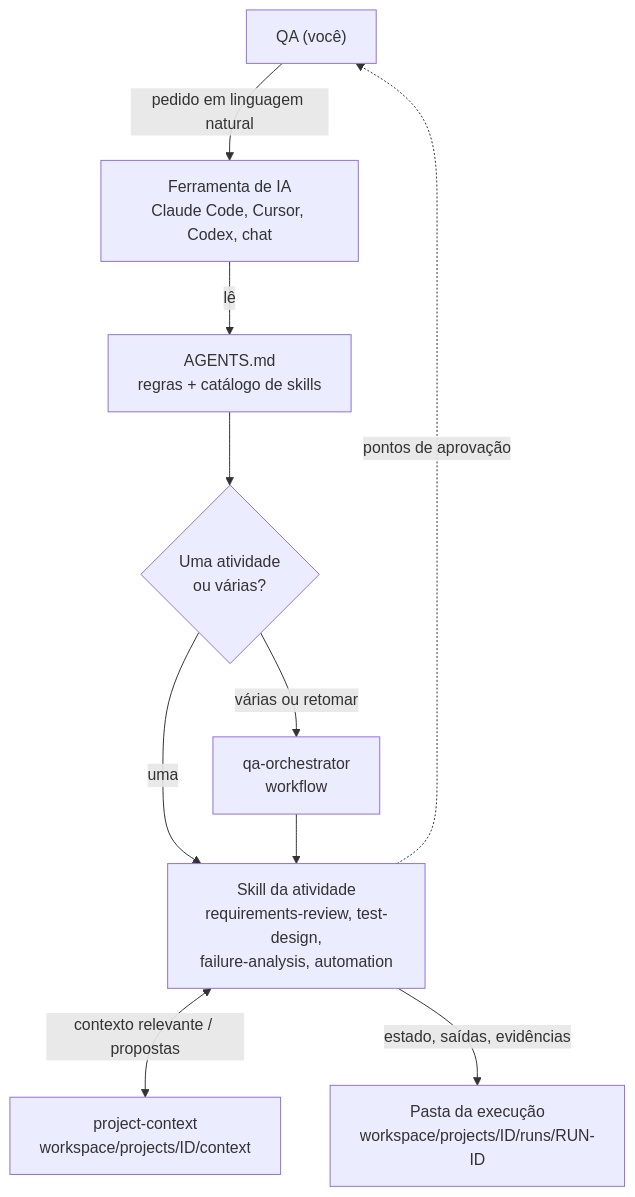
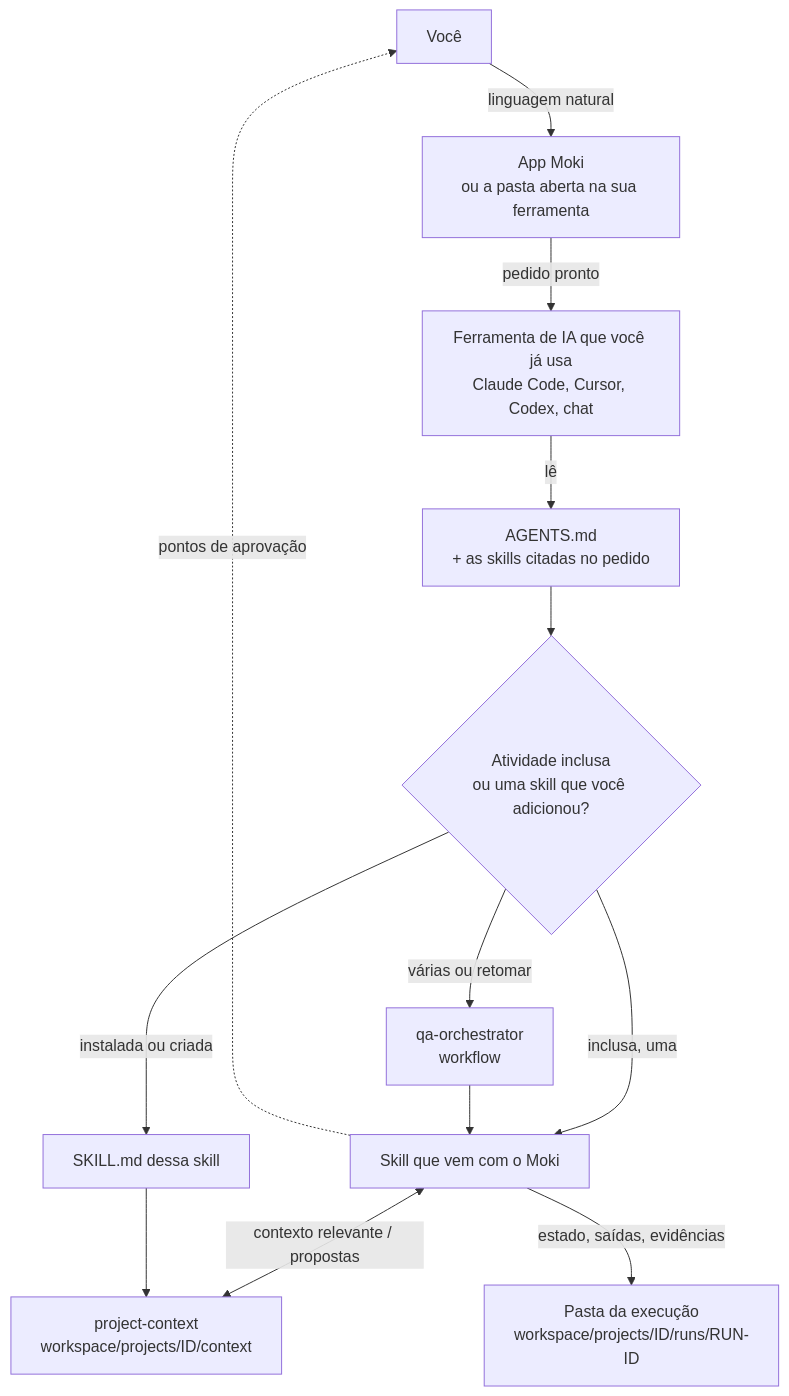
The first of 10 diagrams in README.pt-BR.md (MagnoSz/quality-agents), drawn with Mermaid before and after one commit. The commit also changed other lines of this file and 23 other files, not shown here.

````diff
--- a/README.pt-BR.md
+++ b/README.pt-BR.md
@@ -89,12 +95,15 @@
 ```mermaid
 flowchart TD
-  U["QA (você)"] -->|"pedido em linguagem natural"| T["Ferramenta de IA<br/>Claude Code, Cursor, Codex, chat"]
-  T -->|lê| A["AGENTS.md<br/>regras + catálogo de skills"]
-  A --> O{"Uma atividade<br/>ou várias?"}
-  O -->|uma| S["Skill da atividade<br/>requirements-review, test-design,<br/>failure-analysis, automation"]
+  U["Você"] -->|"linguagem natural"| APP["App Moki<br/>ou a pasta aberta na sua ferramenta"]
+  APP -->|"pedido pronto"| T["Ferramenta de IA que você já usa<br/>Claude Code, Cursor, Codex, chat"]
+  T -->|lê| A["AGENTS.md<br/>+ as skills citadas no pedido"]
+  A --> O{"Atividade inclusa<br/>ou uma skill que você adicionou?"}
+  O -->|inclusa, uma| S["Skill que vem com o Moki"]
   O -->|"várias ou retomar"| W["qa-orchestrator<br/>workflow"]
+  O -->|instalada ou criada| X["SKILL.md dessa skill"]
   W --> S
   S <-->|"contexto relevante / propostas"| C["project-context<br/>workspace/projects/ID/context"]
+  X --> C
   S -->|"estado, saídas, evidências"| R["Pasta da execução<br/>workspace/projects/ID/runs/RUN-ID"]
   S -.->|"pontos de aprovação"| U
 ```
````
